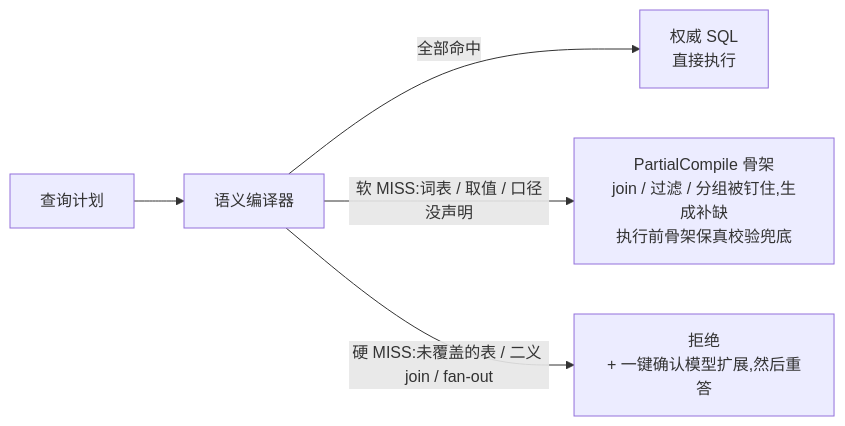
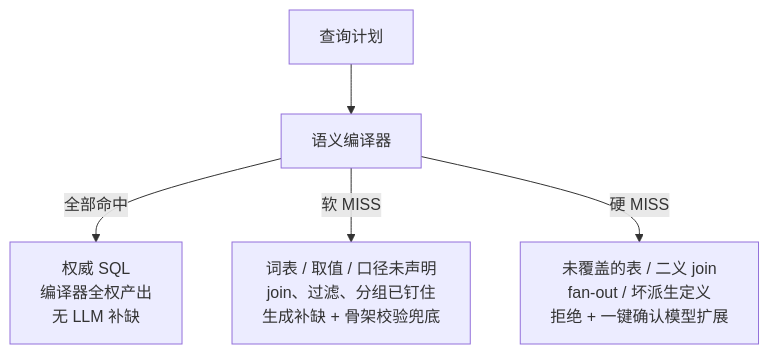
The third of 3 diagrams in README.md (Nivane/trove), drawn with Mermaid before and after one commit. The commit also changed other lines of this file and 4 other files, not shown here.

First line of the commit message:
docs(diagrams): README 与架构页 mermaid 重排——去跨带连线、等高框、去孤字

````diff
--- a/README.md
+++ b/README.md
@@ -111,7 +112,7 @@
 ```mermaid
-flowchart LR
+flowchart TB
     PLAN["查询计划"] --> C["语义编译器"]
-    C -->|"全部命中"| OK["权威 SQL<br/>直接执行"]
-    C -->|"软 MISS:词表 / 取值 / 口径没声明"| PC["PartialCompile 骨架<br/>join / 过滤 / 分组被钉住,生成补缺<br/>执行前骨架保真校验兜底"]
-    C -->|"硬 MISS:未覆盖的表 / 二义 join / fan-out"| MISS["拒绝<br/>+ 一键确认模型扩展,然后重答"]
+    C -->|"全部命中"| OK["权威 SQL<br/>编译器全权产出<br/>无 LLM 补缺"]
+    C -->|"软 MISS"| PC["词表 / 取值 / 口径未声明<br/>join、过滤、分组已钉住<br/>生成补缺 + 骨架校验兜底"]
+    C -->|"硬 MISS"| MISS["未覆盖的表 / 二义 join<br/>fan-out / 坏派生定义<br/>拒绝 + 一键确认模型扩展"]
 ```
````
